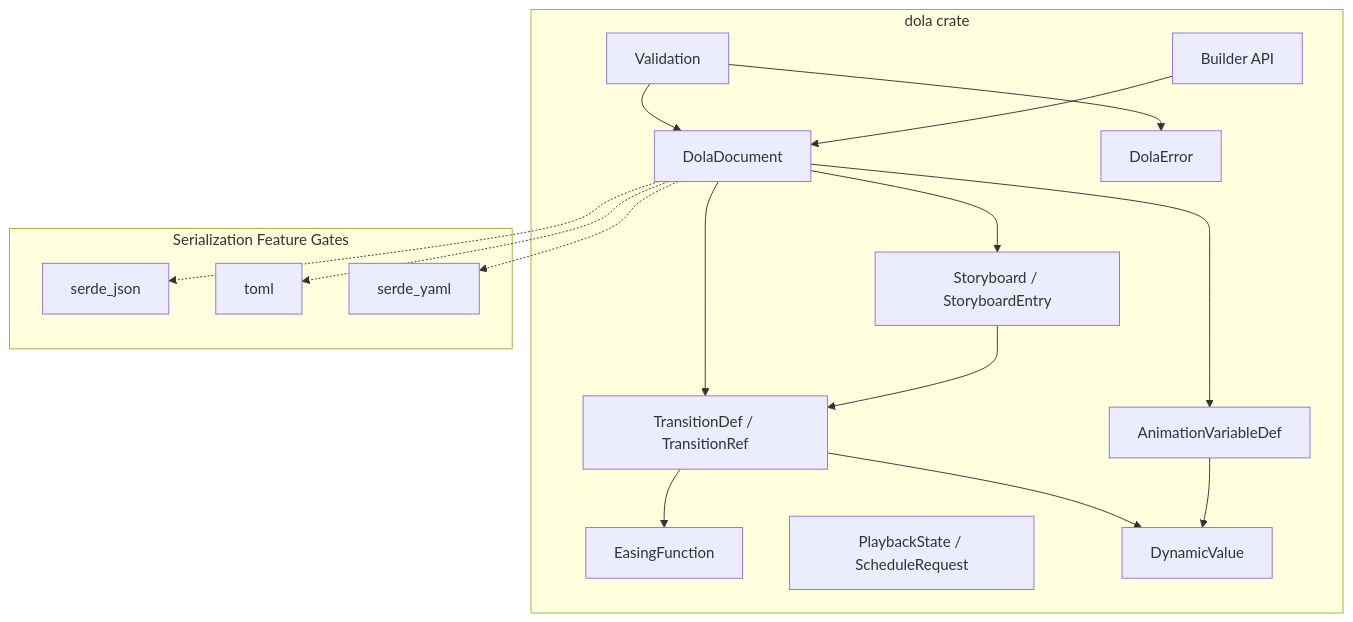
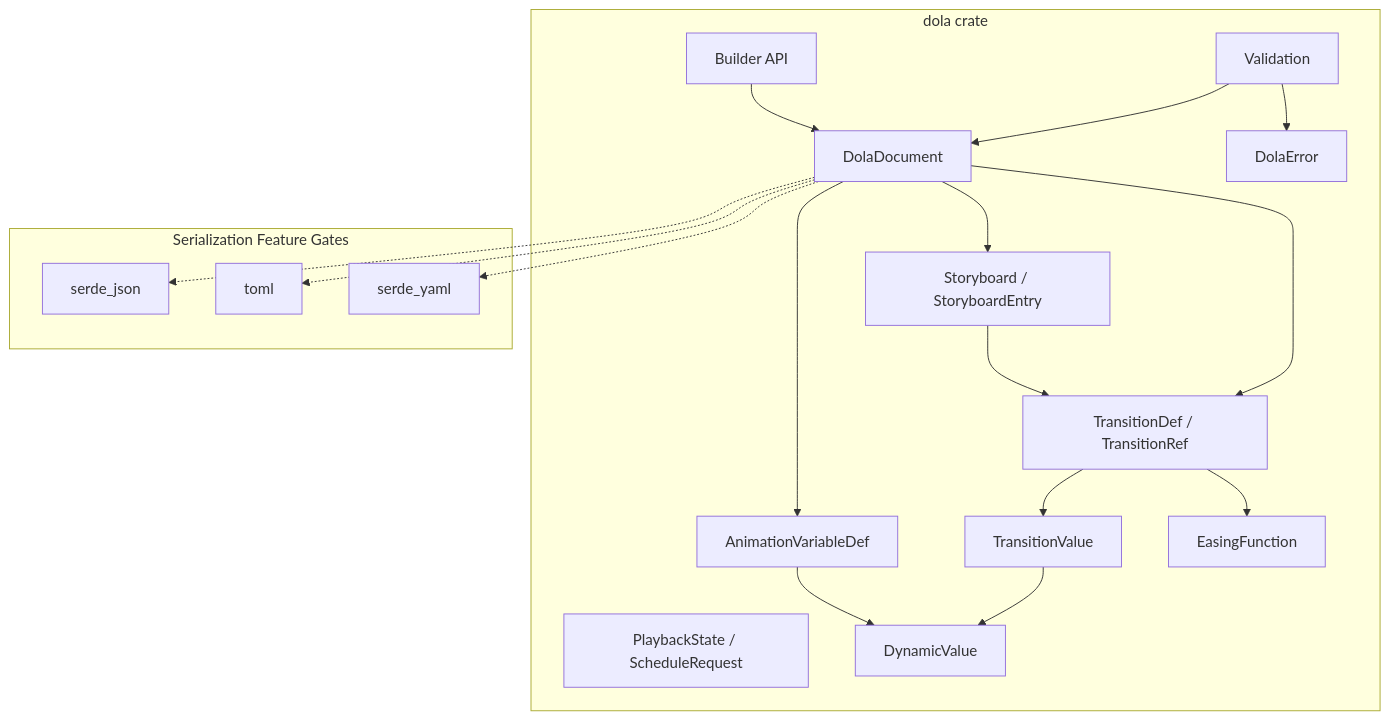
The first of 2 diagrams in .kiro/specs/dola-animation-system/design.md (ekicyou/dcomp_sample-rs), drawn with Mermaid before and after one commit. The commit also changed other lines of this file and 2 other files, not shown here.

````diff
--- a/.kiro/specs/dola-animation-system/design.md
+++ b/.kiro/specs/dola-animation-system/design.md
@@ -41,36 +42,38 @@
 ```mermaid
 graph TB
     subgraph dola crate
         Document[DolaDocument]
         Variable[AnimationVariableDef]
         Transition[TransitionDef / TransitionRef]
+        TransValue[TransitionValue]
         Easing[EasingFunction]
         Storyboard[Storyboard / StoryboardEntry]
         Playback[PlaybackState / ScheduleRequest]
         Value[DynamicValue]
         Validate[Validation]
         Error[DolaError]
         Builder[Builder API]
     end
 
     Document --> Variable
     Document --> Transition
     Document --> Storyboard
     Storyboard --> Transition
     Transition --> Easing
-    Transition --> Value
+    Transition --> TransValue
+    TransValue --> Value
     Variable --> Value
     Validate --> Document
     Validate --> Error
     Builder --> Document
 
     subgraph Serialization Feature Gates
         JSON[serde_json]
         TOML[toml]
         YAML[serde_yaml]
     end
 
     Document -.-> JSON
     Document -.-> TOML
     Document -.-> YAML
 ```
````
